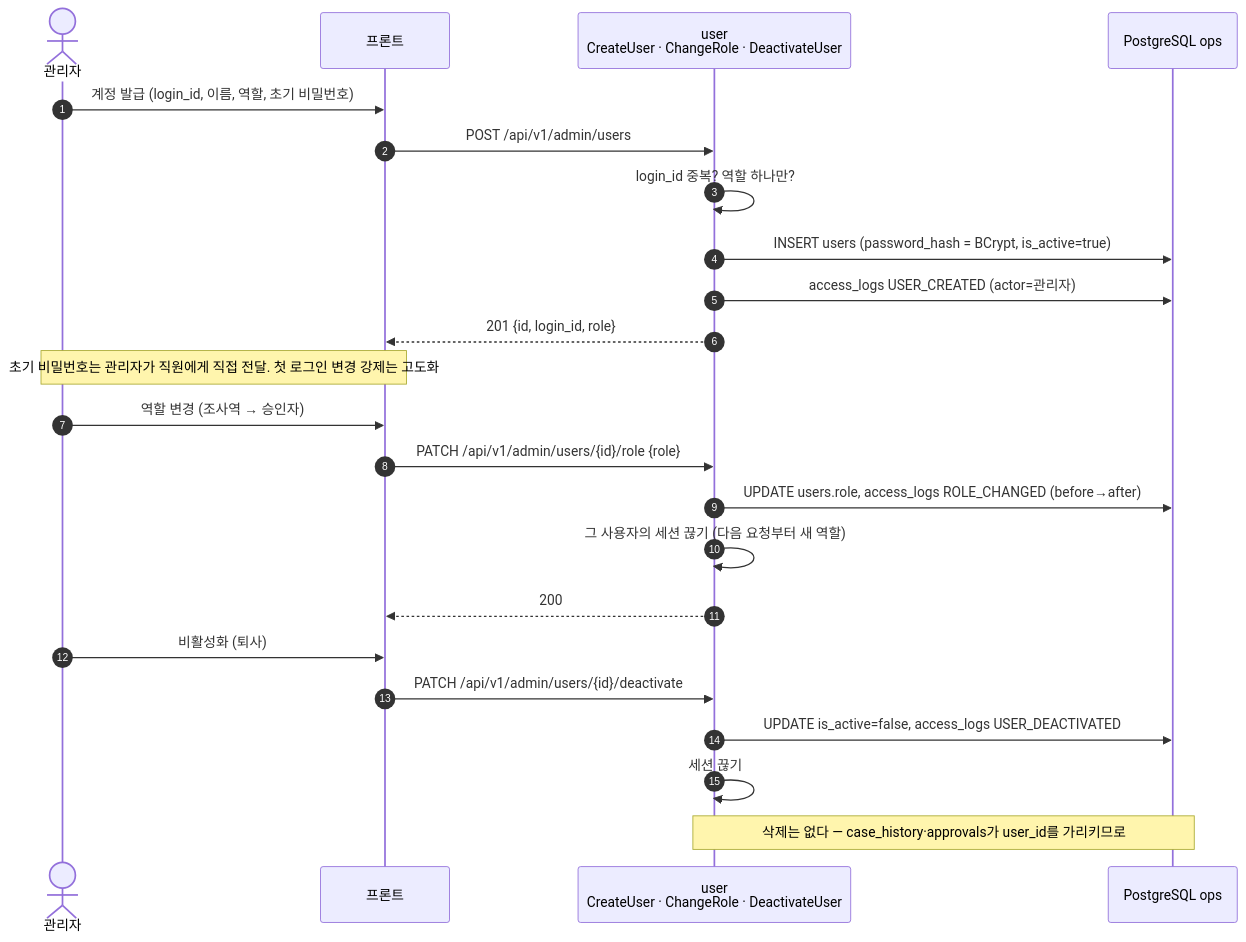
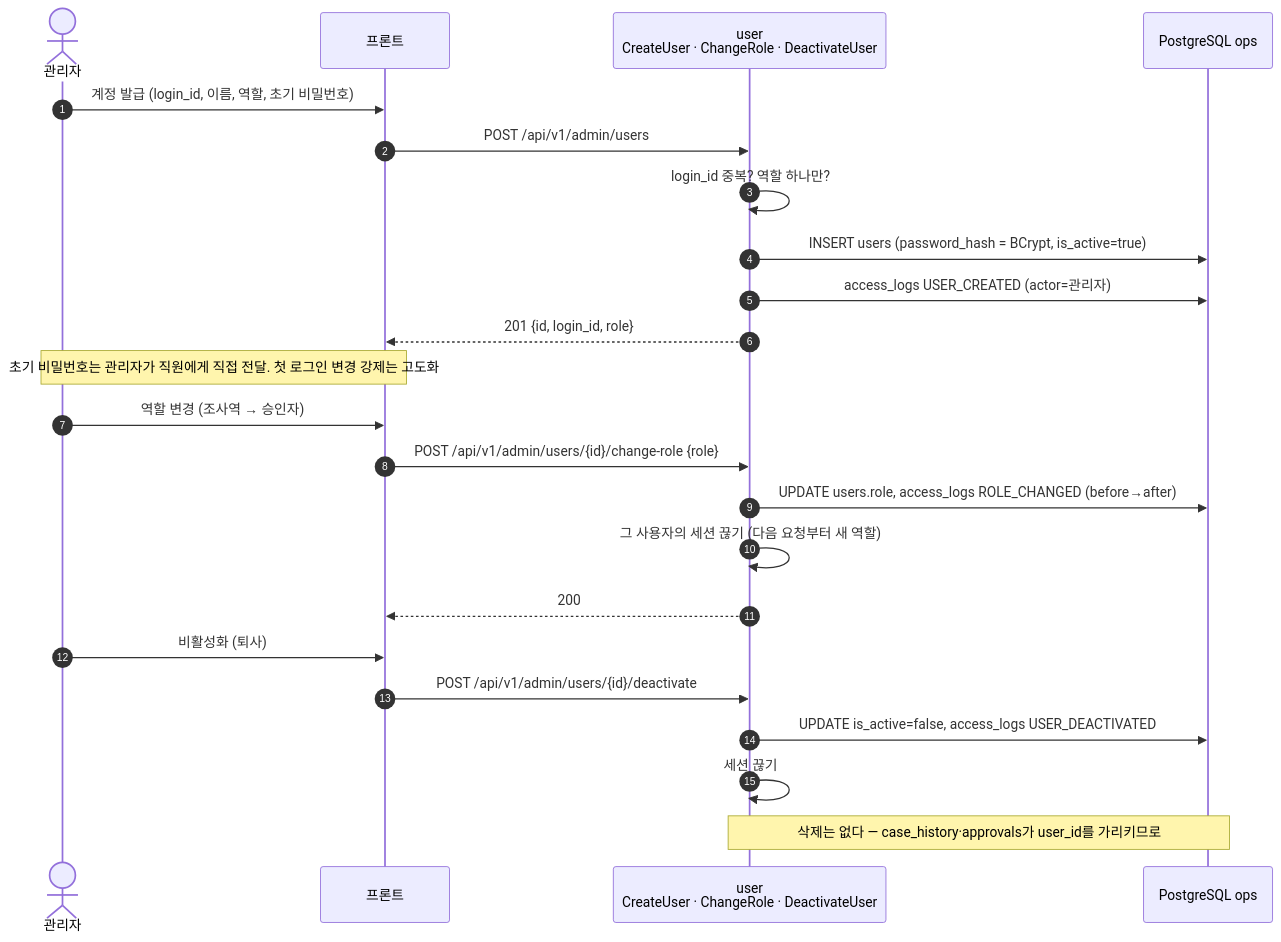
One commit to dajaba-team/dajaba-backend changed the third of 3 diagrams in docs/flows/05_login_auth.md. Above: the diagram before and after it, drawn with Mermaid. The commit also changed other lines of this file and 3 other files, not shown here.

Commit message:
📝 docs: flows/02·05·04_auth_user를 10/30 결정에 맞춤 (미결 8·11·17, 서식 안건 4) (#11)

````diff
--- a/docs/flows/05_login_auth.md
+++ b/docs/flows/05_login_auth.md
@@ -80,28 +84,28 @@
 ```mermaid
 sequenceDiagram
     autonumber
     actor Adm as 관리자
     participant FE as 프론트
     participant USR as user<br/>CreateUser · ChangeRole · DeactivateUser
     participant DB as PostgreSQL ops
 
     Adm->>FE: 계정 발급 (login_id, 이름, 역할, 초기 비밀번호)
     FE->>USR: POST /api/v1/admin/users
     USR->>USR: login_id 중복? 역할 하나만?
     USR->>DB: INSERT users (password_hash = BCrypt, is_active=true)
     USR->>DB: access_logs USER_CREATED (actor=관리자)
     USR-->>FE: 201 {id, login_id, role}
     note over Adm,FE: 초기 비밀번호는 관리자가 직원에게 직접 전달. 첫 로그인 변경 강제는 고도화
 
     Adm->>FE: 역할 변경 (조사역 → 승인자)
-    FE->>USR: PATCH /api/v1/admin/users/{id}/role {role}
+    FE->>USR: POST /api/v1/admin/users/{id}/change-role {role}
     USR->>DB: UPDATE users.role, access_logs ROLE_CHANGED (before→after)
     USR->>USR: 그 사용자의 세션 끊기 (다음 요청부터 새 역할)
     USR-->>FE: 200
 
     Adm->>FE: 비활성화 (퇴사)
-    FE->>USR: PATCH /api/v1/admin/users/{id}/deactivate
+    FE->>USR: POST /api/v1/admin/users/{id}/deactivate
     USR->>DB: UPDATE is_active=false, access_logs USER_DEACTIVATED
     USR->>USR: 세션 끊기
     note over USR,DB: 삭제는 없다 — case_history·approvals가 user_id를 가리키므로
 ```
````
